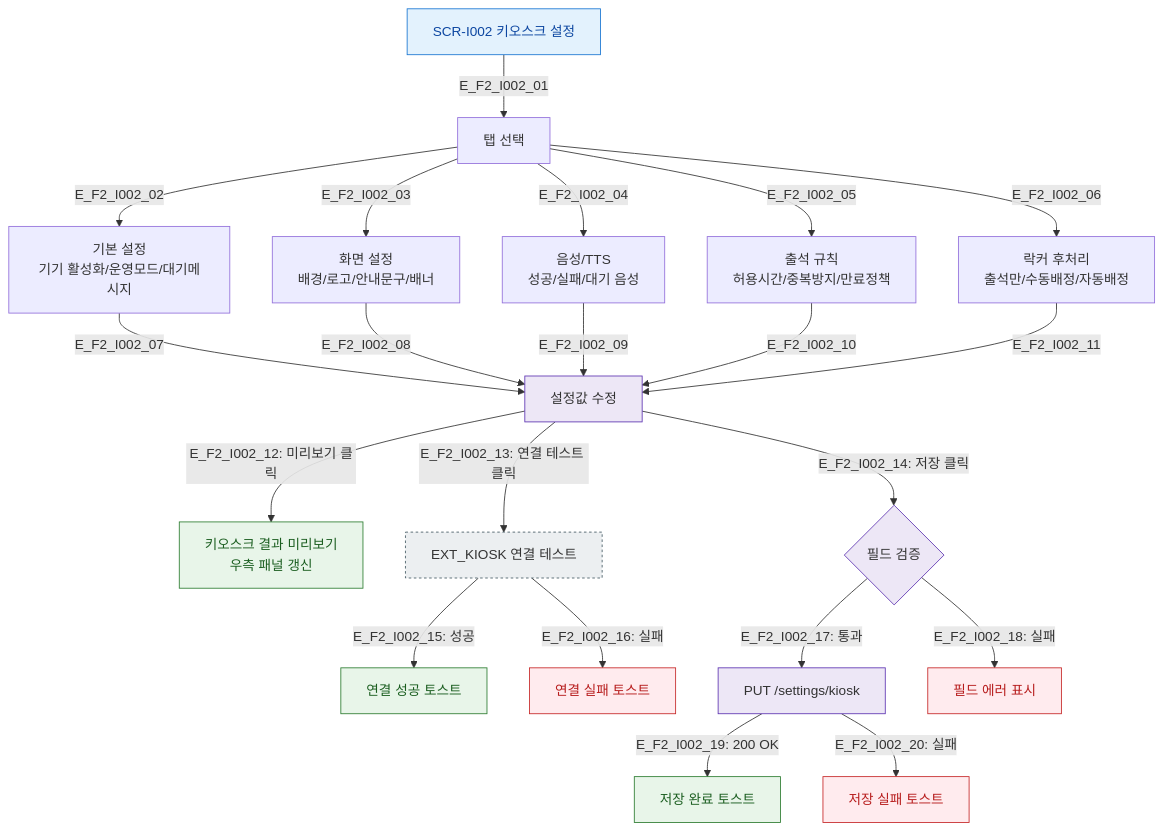
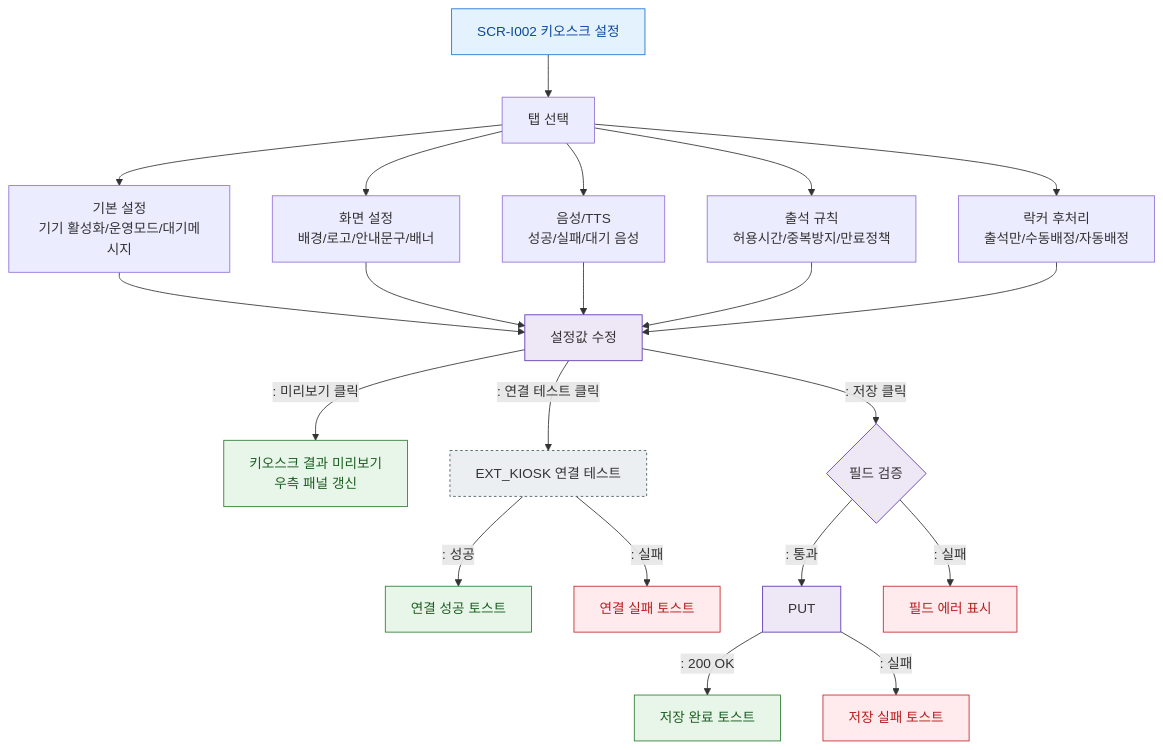
The diagram in docs/다이어그램/D11_통합운영/SCR-I002_키오스크설정/F2_메인.md (dev-spogym/admin-pando), drawn with Mermaid before and after one commit. The commit also changed other lines of this file and 1660 other files, not shown here.

First line of the commit message:
다이어그램: 기획자/클라이언트 납품본으로 정리

````diff
--- a/docs/다이어그램/D11_통합운영/SCR-I002_키오스크설정/F2_메인.md
+++ b/docs/다이어그램/D11_통합운영/SCR-I002_키오스크설정/F2_메인.md
@@ -19,40 +17,40 @@
 ```mermaid
 flowchart TD
-    SCR_I002[SCR-I002 키오스크 설정] -->|E_F2_I002_01| TAB[탭 선택]
+    SCR_I002[SCR-I002 키오스크 설정] --> TAB[탭 선택]
 
-    TAB -->|E_F2_I002_02| TAB_BASIC[기본 설정\n기기 활성화/운영모드/대기메시지]
-    TAB -->|E_F2_I002_03| TAB_SCREEN[화면 설정\n배경/로고/안내문구/배너]
-    TAB -->|E_F2_I002_04| TAB_TTS[음성/TTS\n성공/실패/대기 음성]
-    TAB -->|E_F2_I002_05| TAB_RULE[출석 규칙\n허용시간/중복방지/만료정책]
-    TAB -->|E_F2_I002_06| TAB_LOCKER[락커 후처리\n출석만/수동배정/자동배정]
+    TAB --> TAB_BASIC[기본 설정\n기기 활성화/운영모드/대기메시지]
+    TAB --> TAB_SCREEN[화면 설정\n배경/로고/안내문구/배너]
+    TAB --> TAB_TTS[음성/TTS\n성공/실패/대기 음성]
+    TAB --> TAB_RULE[출석 규칙\n허용시간/중복방지/만료정책]
+    TAB --> TAB_LOCKER[락커 후처리\n출석만/수동배정/자동배정]
 
-    TAB_BASIC -->|E_F2_I002_07| EDIT[설정값 수정]
-    TAB_SCREEN -->|E_F2_I002_08| EDIT
-    TAB_TTS -->|E_F2_I002_09| EDIT
-    TAB_RULE -->|E_F2_I002_10| EDIT
-    TAB_LOCKER -->|E_F2_I002_11| EDIT
+    TAB_BASIC --> EDIT[설정값 수정]
+    TAB_SCREEN --> EDIT
+    TAB_TTS --> EDIT
+    TAB_RULE --> EDIT
+    TAB_LOCKER --> EDIT
 
-    EDIT -->|"E_F2_I002_12: 미리보기 클릭"| PREVIEW[키오스크 결과 미리보기\n우측 패널 갱신]
-    EDIT -->|"E_F2_I002_13: 연결 테스트 클릭"| TEST[EXT_KIOSK 연결 테스트]
-    EDIT -->|"E_F2_I002_14: 저장 클릭"| VALID{필드 검증}
+    EDIT -->|": 미리보기 클릭"|PREVIEW[키오스크 결과 미리보기\n우측 패널 갱신]
+    EDIT -->|": 연결 테스트 클릭"|TEST[EXT_KIOSK 연결 테스트]
+    EDIT -->|": 저장 클릭"|VALID{필드 검증}
 
-    TEST -->|"E_F2_I002_15: 성공"| TOAST_TEST_OK[연결 성공 토스트]
-    TEST -->|"E_F2_I002_16: 실패"| TOAST_TEST_ERR[연결 실패 토스트]
+    TEST -->|": 성공"|TOAST_TEST_OK[연결 성공 토스트]
+    TEST -->|": 실패"|TOAST_TEST_ERR[연결 실패 토스트]
 
-    VALID -->|"E_F2_I002_17: 통과"| API[PUT /settings/kiosk]
-    VALID -->|"E_F2_I002_18: 실패"| FIELD_ERR[필드 에러 표시]
+    VALID -->|": 통과"|API[PUT]
+    VALID -->|": 실패"|FIELD_ERR[필드 에러 표시]
 
-    API -->|"E_F2_I002_19: 200 OK"| TOAST_OK[저장 완료 토스트]
-    API -->|"E_F2_I002_20: 실패"| TOAST_ERR[저장 실패 토스트]
+    API -->|": 200 OK"|TOAST_OK[저장 완료 토스트]
+    API -->|": 실패"|TOAST_ERR[저장 실패 토스트]
 
-    classDef screen       fill:#E3F2FD,stroke:#1976D2,color:#0D47A1
-    classDef external     fill:#ECEFF1,stroke:#455A64,stroke-dasharray:3 3
-    classDef system       fill:#EDE7F6,stroke:#5E35B2
-    classDef error        fill:#FFEBEE,stroke:#C62828,color:#B71C1C
-    classDef success      fill:#E8F5E9,stroke:#2E7D32,color:#1B5E20
+    classDef screen fill:#E3F2FD,stroke:#1976D2,color:#0D47A1
+    classDef external fill:#ECEFF1,stroke:#455A64,stroke-dasharray:3 3
+    classDef system fill:#EDE7F6,stroke:#5E35B2
+    classDef error fill:#FFEBEE,stroke:#C62828,color:#B71C1C
+    classDef success fill:#E8F5E9,stroke:#2E7D32,color:#1B5E20
     class SCR_I002 screen
     class TEST external
     class VALID,API,EDIT system
     class FIELD_ERR,TOAST_ERR,TOAST_TEST_ERR error
     class TOAST_OK,TOAST_TEST_OK,PREVIEW success
 ```
````
